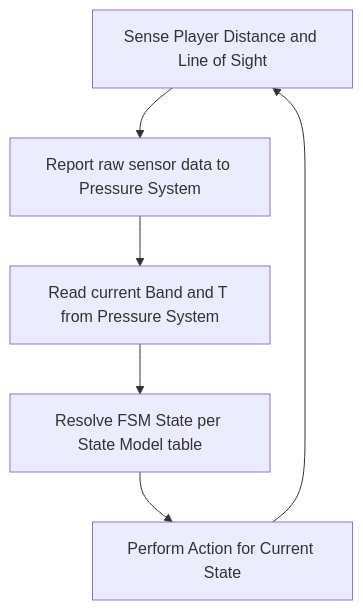
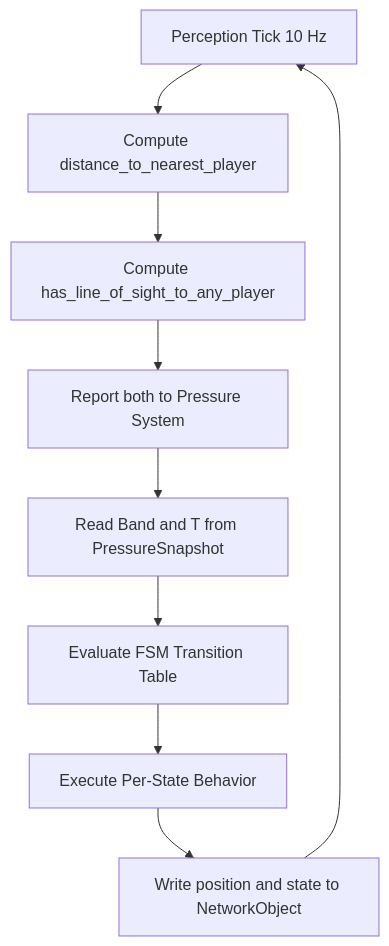
Before and after one commit to snehadpatel/QuestBit: the first of 3 diagrams in Project-Echo/docs/GDD/10 Monster AI.md, drawn with Mermaid. The commit also changed other lines of this file and 7 other files, not shown here.

````diff
--- a/Project-Echo/docs/GDD/10 Monster AI.md
+++ b/Project-Echo/docs/GDD/10 Monster AI.md
@@ -31,8 +47,11 @@
 ```mermaid
 flowchart TD
-    A[Sense Player Distance and Line of Sight] --> PS[Report raw sensor data to Pressure System]
-    PS --> B[Read current Band and T from Pressure System]
-    B --> C[Resolve FSM State per State Model table]
-    C --> D[Perform Action for Current State]
-    D --> A
+    A[Perception Tick 10 Hz] --> B[Compute distance_to_nearest_player]
+    B --> C[Compute has_line_of_sight_to_any_player]
+    C --> D[Report both to Pressure System]
+    D --> E[Read Band and T from PressureSnapshot]
+    E --> F[Evaluate FSM Transition Table]
+    F --> G[Execute Per-State Behavior]
+    G --> H[Write position and state to NetworkObject]
+    H --> A
 ```
````
